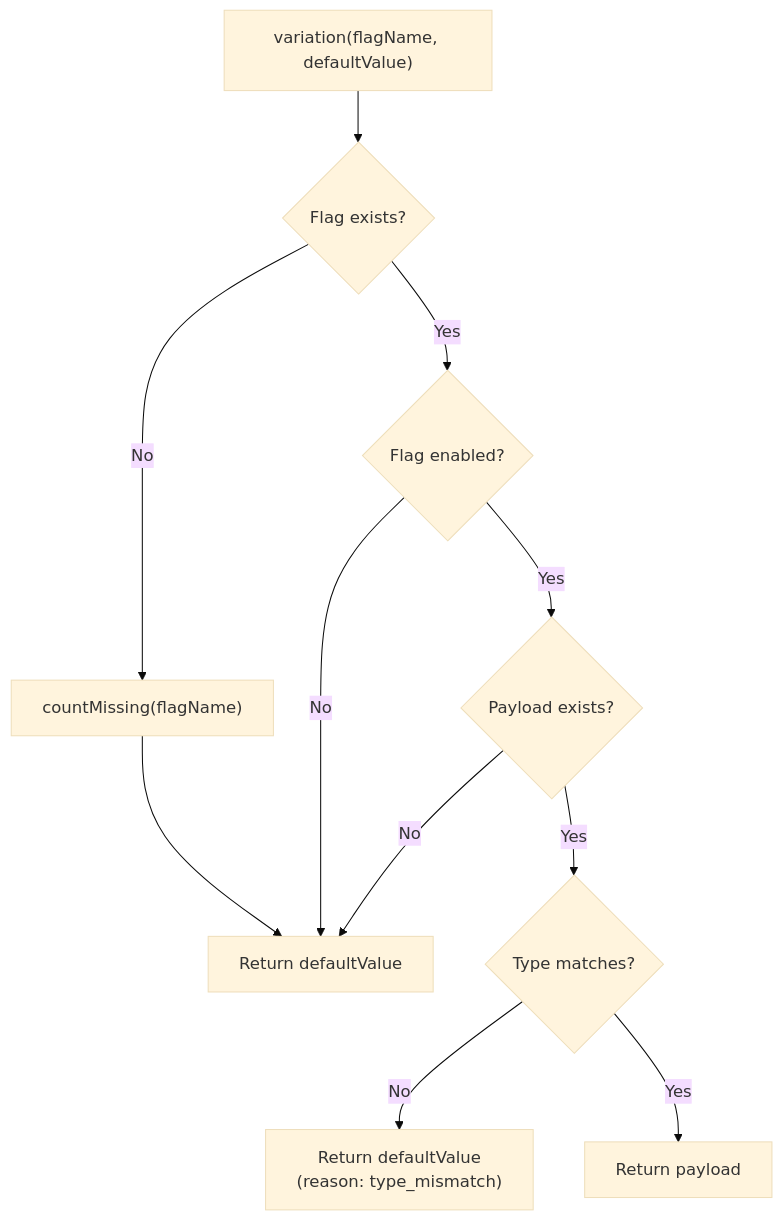
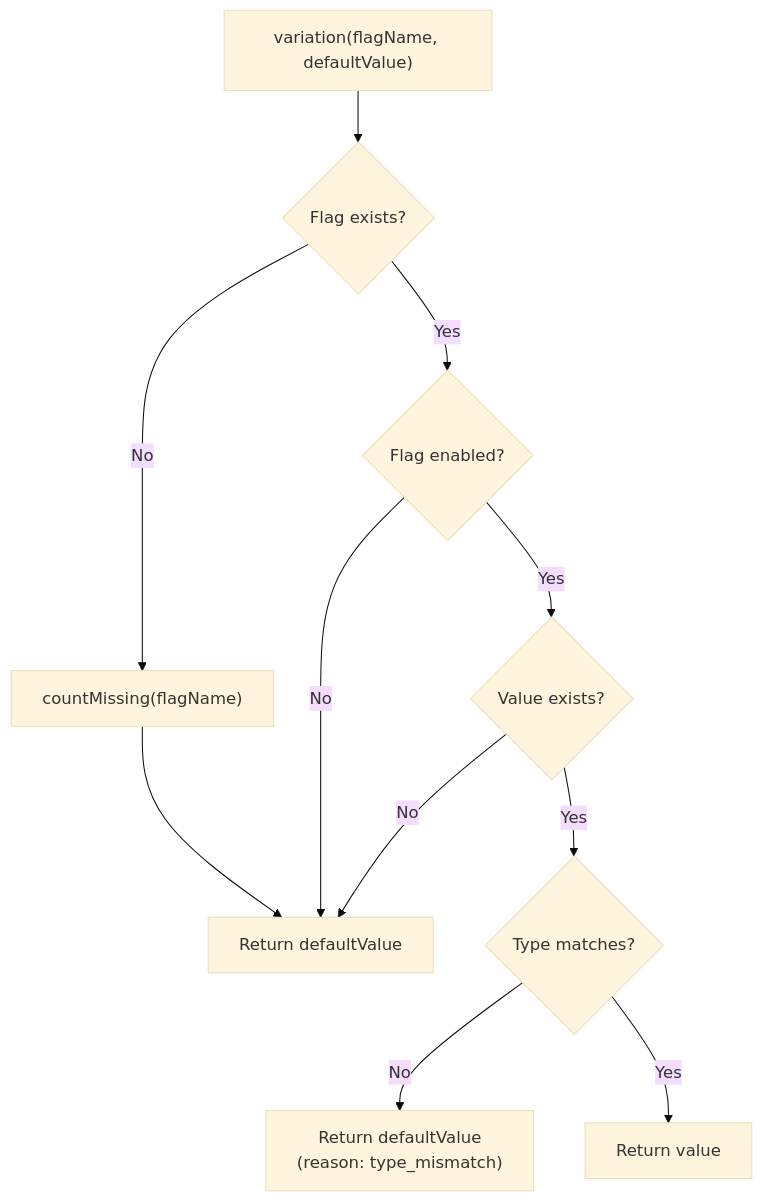
Before and after one commit to maxidea1024/gatrix: the diagram in packages/sdks/client-sdks/gatrix-js-client-sdk/README.md, drawn with Mermaid (base theme). The commit also changed other lines of this file and 40 other files, not shown here.

````diff
--- a/packages/sdks/client-sdks/gatrix-js-client-sdk/README.md
+++ b/packages/sdks/client-sdks/gatrix-js-client-sdk/README.md
@@ -173,13 +173,13 @@
 ```mermaid
 flowchart TD
     A["variation(flagName, defaultValue)"] --> B{Flag exists?}
     B -->|No| C["countMissing(flagName)"]
     C --> D["Return defaultValue"]
     B -->|Yes| E{Flag enabled?}
     E -->|No| D
-    E -->|Yes| F{Payload exists?}
+    E -->|Yes| F{Value exists?}
     F -->|No| D
     F -->|Yes| G{Type matches?}
     G -->|No| H["Return defaultValue<br/>(reason: type_mismatch)"]
-    G -->|Yes| I["Return payload"]
+    G -->|Yes| I["Return value"]
 ```
````
